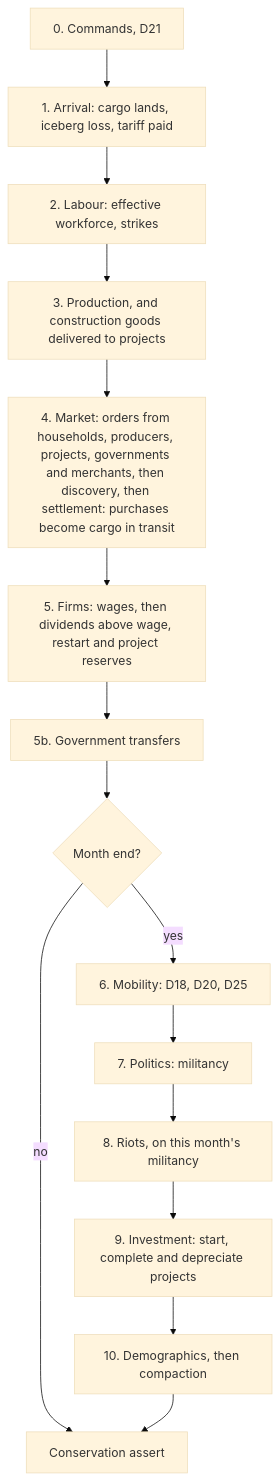
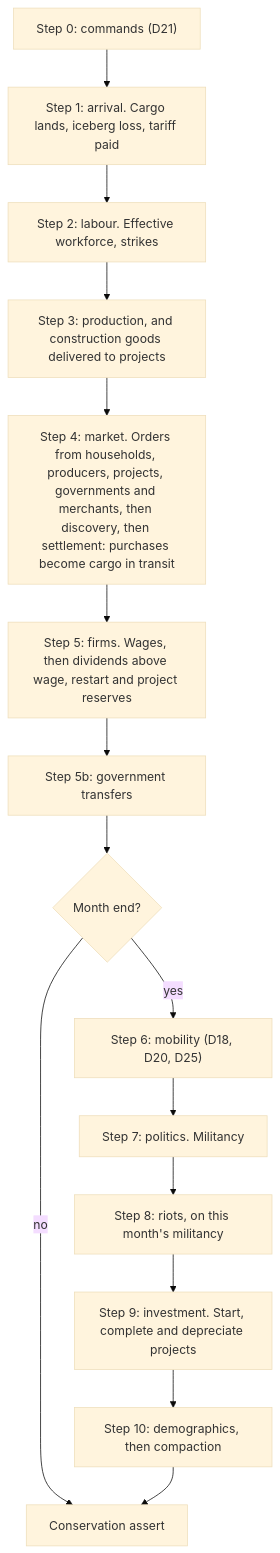
One commit to thomasclarkpersonal-sketch/Iron-and-Blood changed the seventh of 8 diagrams in docs/DATA_MODEL_M5_M6.md. Above: the diagram before and after it, drawn with Mermaid (base theme). The commit also changed other lines of this file and 1 other file, not shown here.

````diff
--- a/docs/DATA_MODEL_M5_M6.md
+++ b/docs/DATA_MODEL_M5_M6.md
@@ -311,17 +366,17 @@
 ```mermaid
 flowchart TD
-    C[0. Commands, D21] --> A[1. Arrival: cargo lands, iceberg loss, tariff paid]
-    A --> L[2. Labour: effective workforce, strikes]
-    L --> P[3. Production, and construction goods delivered to projects]
-    P --> M[4. Market: orders from households, producers, projects, governments and merchants, then discovery, then settlement: purchases become cargo in transit]
-    M --> F[5. Firms: wages, then dividends above wage, restart and project reserves]
-    F --> G[5b. Government transfers]
+    C["Step 0: commands (D21)"] --> A["Step 1: arrival. Cargo lands, iceberg loss, tariff paid"]
+    A --> L["Step 2: labour. Effective workforce, strikes"]
+    L --> P["Step 3: production, and construction goods delivered to projects"]
+    P --> M["Step 4: market. Orders from households, producers, projects, governments and merchants, then discovery, then settlement: purchases become cargo in transit"]
+    M --> F["Step 5: firms. Wages, then dividends above wage, restart and project reserves"]
+    F --> G["Step 5b: government transfers"]
     G --> E{Month end?}
     E -- no --> Done[Conservation assert]
-    E -- yes --> Mob[6. Mobility: D18, D20, D25]
-    Mob --> Pol[7. Politics: militancy]
-    Pol --> R[8. Riots, on this month's militancy]
-    R --> I[9. Investment: start, complete and depreciate projects]
-    I --> Dem[10. Demographics, then compaction]
+    E -- yes --> Mob["Step 6: mobility (D18, D20, D25)"]
+    Mob --> Pol["Step 7: politics. Militancy"]
+    Pol --> R["Step 8: riots, on this month's militancy"]
+    R --> I["Step 9: investment. Start, complete and depreciate projects"]
+    I --> Dem["Step 10: demographics, then compaction"]
     Dem --> Done
 ```
````
